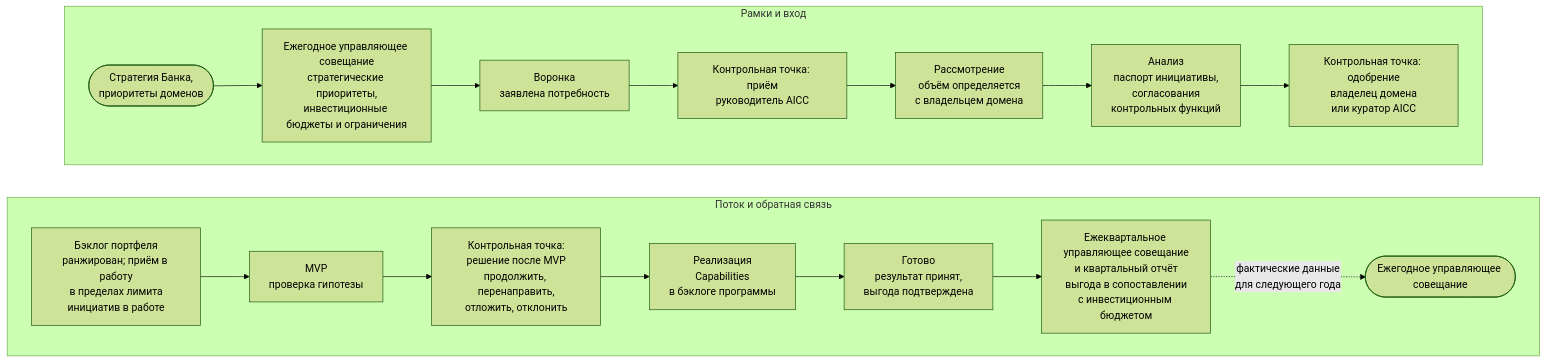
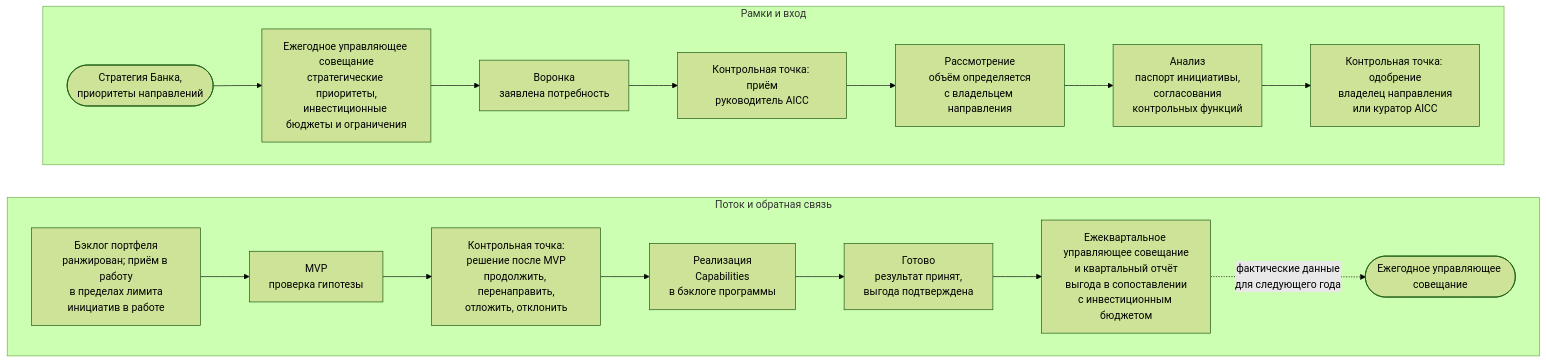
The diagram in portal/content/ru/portfolio/overview.md (devhogu/ob-aicc), drawn with Mermaid (forest theme) before and after one commit. The commit also changed 290 other files, not shown here.

First line of the commit message:
Russian edition: Domain is «направление» (владелец направления, эксперт направления); Strategic Priority 3 is «AI в работе направлений Банка»

````diff
--- a/portal/content/ru/portfolio/overview.md
+++ b/portal/content/ru/portfolio/overview.md
@@ -15,22 +15,22 @@
 ```mermaid
 flowchart TB
   subgraph ROW1["Рамки и вход"]
     direction LR
-    S(["Стратегия Банка,<br/>приоритеты доменов"]) --> Y["Ежегодное управляющее совещание<br/>стратегические приоритеты,<br/>инвестиционные бюджеты и ограничения"]
+    S(["Стратегия Банка,<br/>приоритеты направлений"]) --> Y["Ежегодное управляющее совещание<br/>стратегические приоритеты,<br/>инвестиционные бюджеты и ограничения"]
     Y --> F["Воронка<br/>заявлена потребность"]
     F --> G1["Контрольная точка: приём<br/>руководитель AICC"]
-    G1 --> R["Рассмотрение<br/>объём определяется<br/>с владельцем домена"]
+    G1 --> R["Рассмотрение<br/>объём определяется<br/>с владельцем направления"]
     R --> AN["Анализ<br/>паспорт инициативы,<br/>согласования<br/>контрольных функций"]
-    AN --> G2["Контрольная точка: одобрение<br/>владелец домена<br/>или куратор AICC"]
+    AN --> G2["Контрольная точка: одобрение<br/>владелец направления<br/>или куратор AICC"]
   end
   subgraph ROW2["Поток и обратная связь"]
     direction LR
     PB["Бэклог портфеля<br/>ранжирован; приём в работу<br/>в пределах лимита<br/>инициатив в работе"] --> MV["MVP<br/>проверка гипотезы"]
     MV --> G3["Контрольная точка:<br/>решение после MVP<br/>продолжить, перенаправить,<br/>отложить, отклонить"]
     G3 --> IM["Реализация<br/>Capabilities<br/>в бэклоге программы"]
     IM --> DN["Готово<br/>результат принят,<br/>выгода подтверждена"]
     DN --> Q["Ежеквартальное управляющее совещание<br/>и квартальный отчёт<br/>выгода в сопоставлении<br/>с инвестиционным бюджетом"]
     Q -.->|"фактические данные<br/>для следующего года"| Y2(["Ежегодное управляющее совещание"])
   end
   ROW1 ~~~ ROW2
 ```
````
